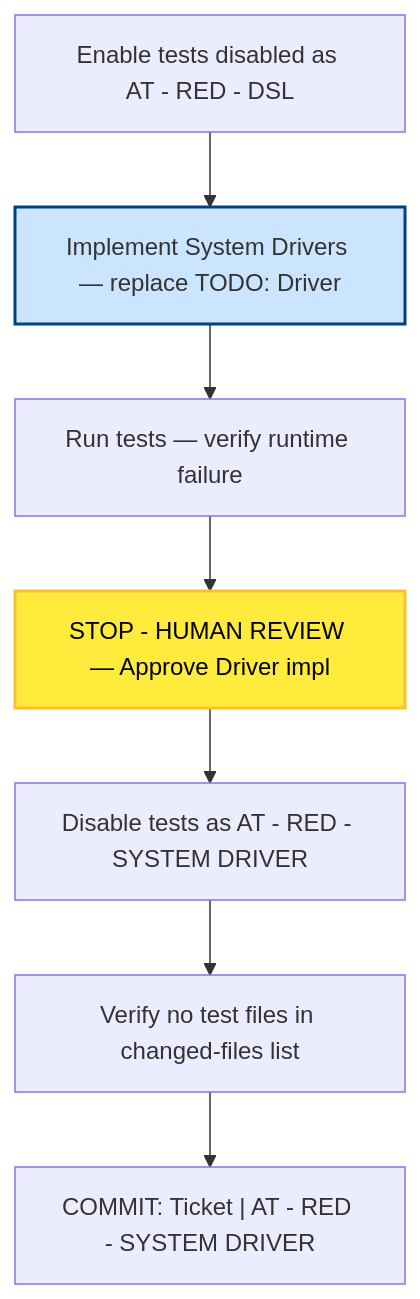
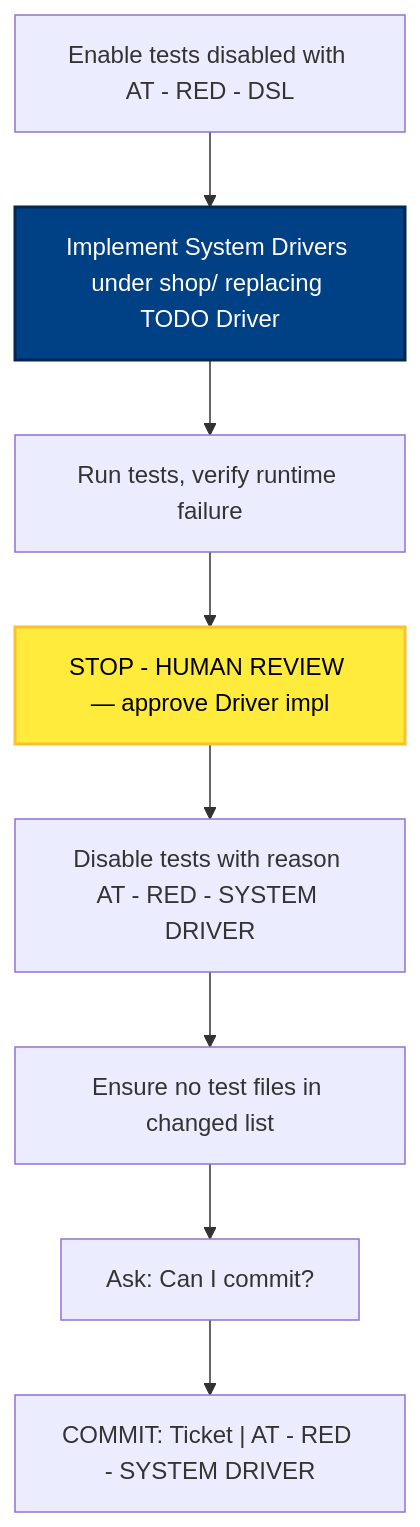
Before and after one commit to optivem/starter: the third of 8 diagrams in docs/atdd/process/diagram-phase-details.md, drawn with Mermaid. The commit also changed other lines of this file and 2 other files, not shown here.

````diff
--- a/docs/atdd/process/diagram-phase-details.md
+++ b/docs/atdd/process/diagram-phase-details.md
@@ -90,22 +90,24 @@
 ```mermaid
 flowchart TD
-    ENABLE[Enable tests disabled as AT - RED - DSL]
-    IMPL[Implement System Drivers — replace TODO: Driver]
-    RUN[Run tests — verify runtime failure]
-    STOP_WRITE[STOP - HUMAN REVIEW — Approve Driver impl]
-    DISABLE[Disable tests as AT - RED - SYSTEM DRIVER]
-    NO_TESTS_CHECK[Verify no test files in changed-files list]
+    ENABLE["Enable tests disabled with AT - RED - DSL"]
+    IMPL[Implement System Drivers under shop/ replacing TODO Driver]
+    RUN[Run tests, verify runtime failure]
+    STOP_WRITE["STOP - HUMAN REVIEW — approve Driver impl"]
+    DISABLE["Disable tests with reason AT - RED - SYSTEM DRIVER"]
+    NO_TEST_FILES[Ensure no test files in changed list]
+    ASK_COMMIT["Ask: Can I commit?"]
     COMMIT["COMMIT: Ticket | AT - RED - SYSTEM DRIVER"]
 
     ENABLE --> IMPL
     IMPL --> RUN
     RUN --> STOP_WRITE
     STOP_WRITE --> DISABLE
-    DISABLE --> NO_TESTS_CHECK
-    NO_TESTS_CHECK --> COMMIT
+    DISABLE --> NO_TEST_FILES
+    NO_TEST_FILES --> ASK_COMMIT
+    ASK_COMMIT --> COMMIT
 
-    classDef effortNode fill:#cce5ff,stroke:#004085,stroke-width:2px
+    classDef effortNode fill:#004085,stroke:#002752,stroke-width:2px,color:#ffffff
     class IMPL effortNode
     classDef humanReviewNode fill:#ffeb3b,stroke:#fbc02d,stroke-width:2px,color:#000
     class STOP_WRITE humanReviewNode
 ```
````
